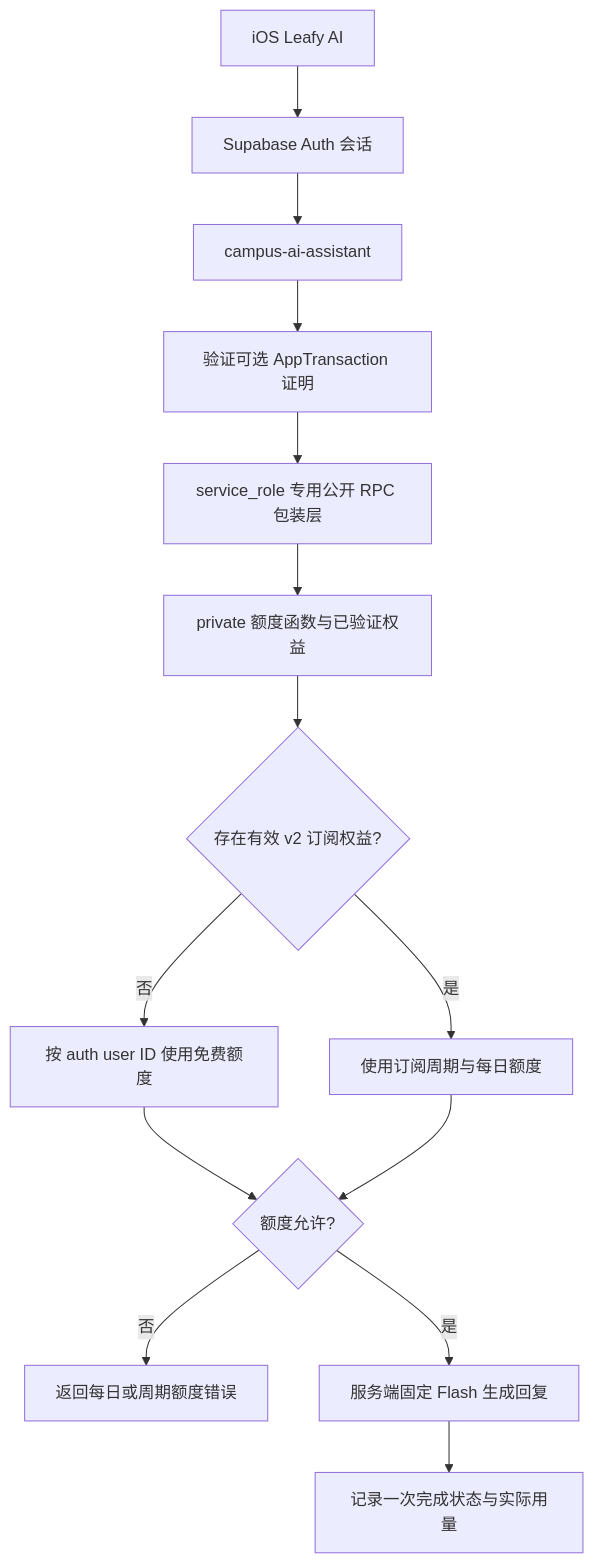
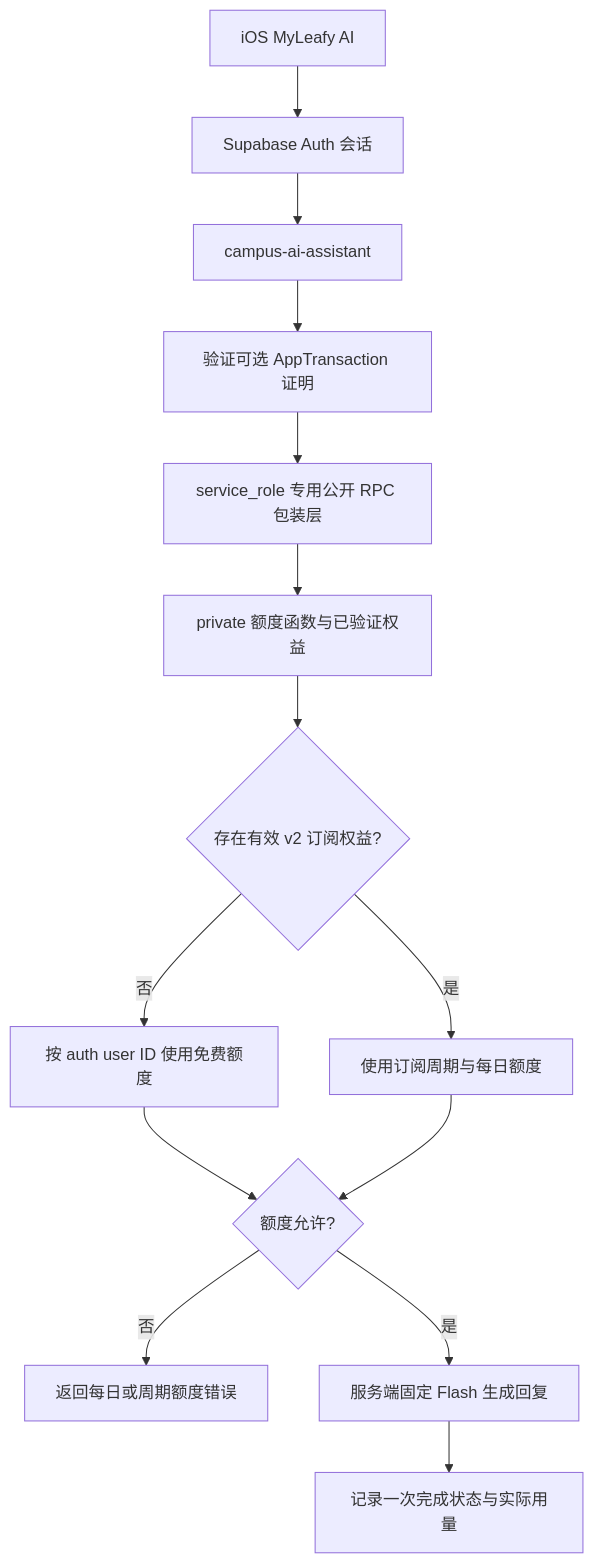
The diagram in docs/engineering/leafy-ai-quota-authentication.md (IsaacHuo/MyLeafy), drawn with Mermaid before and after one commit. The commit also changed other lines of this file and 65 other files, not shown here.

````diff
--- a/docs/engineering/leafy-ai-quota-authentication.md
+++ b/docs/engineering/leafy-ai-quota-authentication.md
@@ -44,16 +44,16 @@
 ```mermaid
 flowchart TD
-    A["iOS Leafy AI"] --> B["Supabase Auth 会话"]
+    A["iOS MyLeafy AI"] --> B["Supabase Auth 会话"]
     B --> C["campus-ai-assistant"]
     C --> D["验证可选 AppTransaction 证明"]
     D --> G["service_role 专用公开 RPC 包装层"]
     G --> H["private 额度函数与已验证权益"]
     H --> I{"存在有效 v2 订阅权益?"}
     I -- "否" --> E["按 auth user ID 使用免费额度"]
     I -- "是" --> F["使用订阅周期与每日额度"]
     E --> Q{"额度允许?"}
     F --> Q
     Q -- "否" --> J["返回每日或周期额度错误"]
     Q -- "是" --> K["服务端固定 Flash 生成回复"]
     K --> L["记录一次完成状态与实际用量"]
 ```
````
